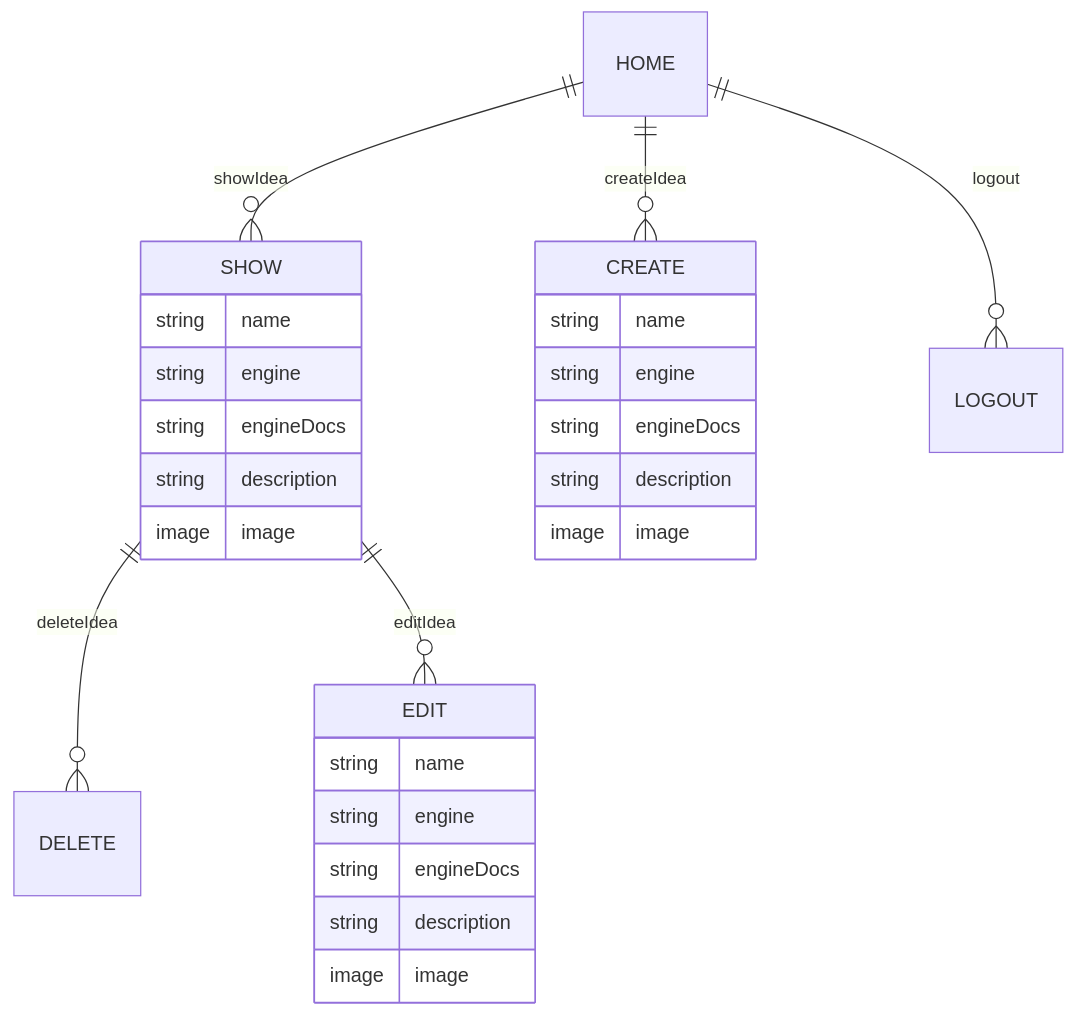
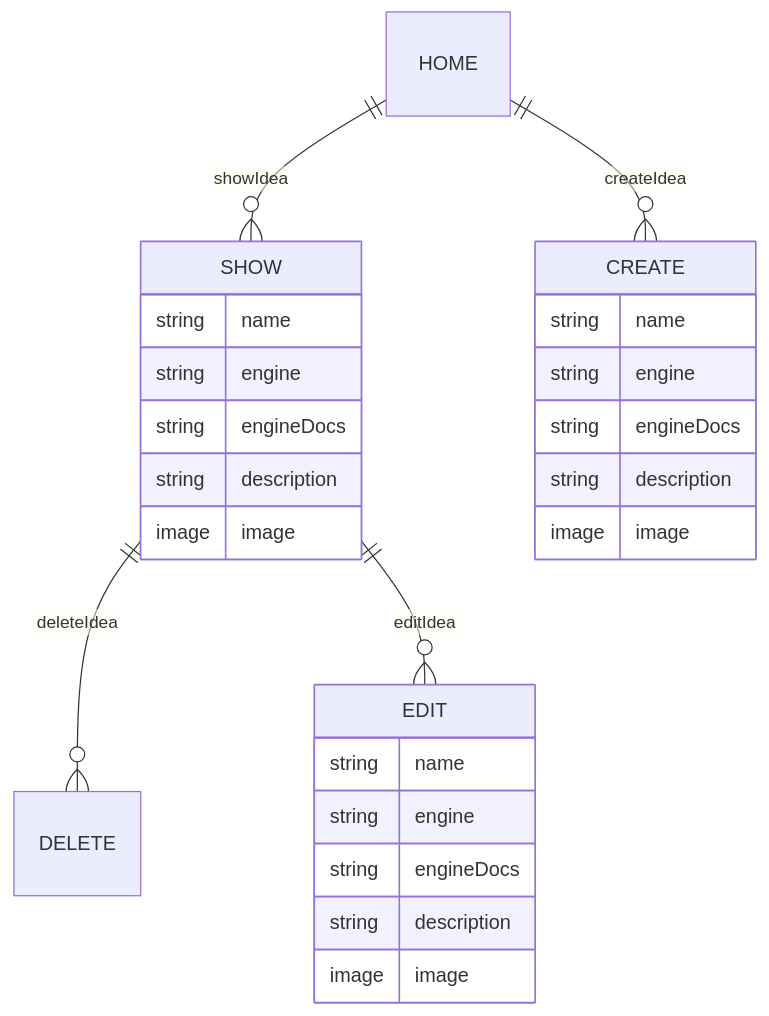
One commit to Dvec319/capstone-backend changed the diagram in README.md. Above: the diagram before and after it, drawn with Mermaid.

````diff
--- a/README.md
+++ b/README.md
@@ -26,37 +26,32 @@
 ```mermaid
 erDiagram
     HOME || --O{ SHOW : showIdea
     SHOW{
         string name
         string engine
         string engineDocs
         string description
         image  image
     }
 
     HOME || --o{ CREATE : createIdea
     CREATE {
         string name
         string engine
         string engineDocs
         string description
         image  image
     }
     SHOW || --o{ DELETE : deleteIdea
     DELETE {
 
     }
     SHOW || --o{ EDIT : editIdea
     EDIT {
         string name
         string engine
         string engineDocs
         string description
         image  image
     }
-
-HOME || --o{ LOGOUT : logout
-LOGOUT {
-
-    }
 ```
````
